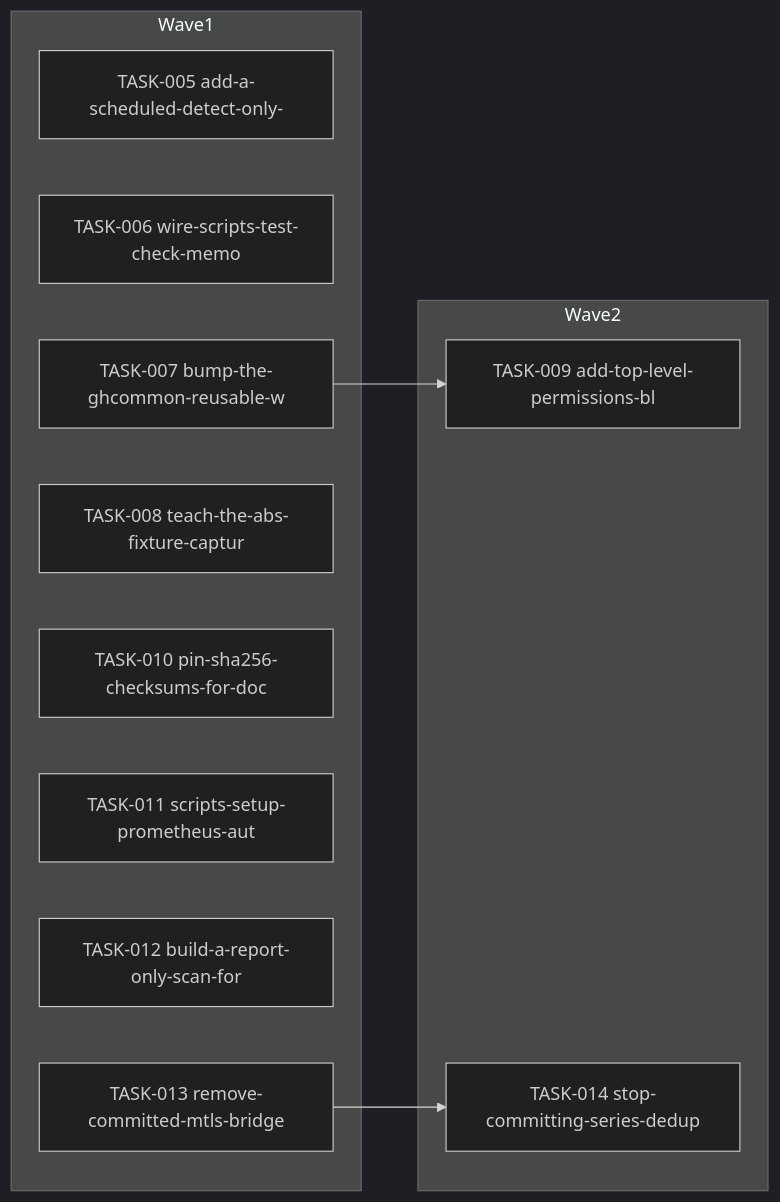
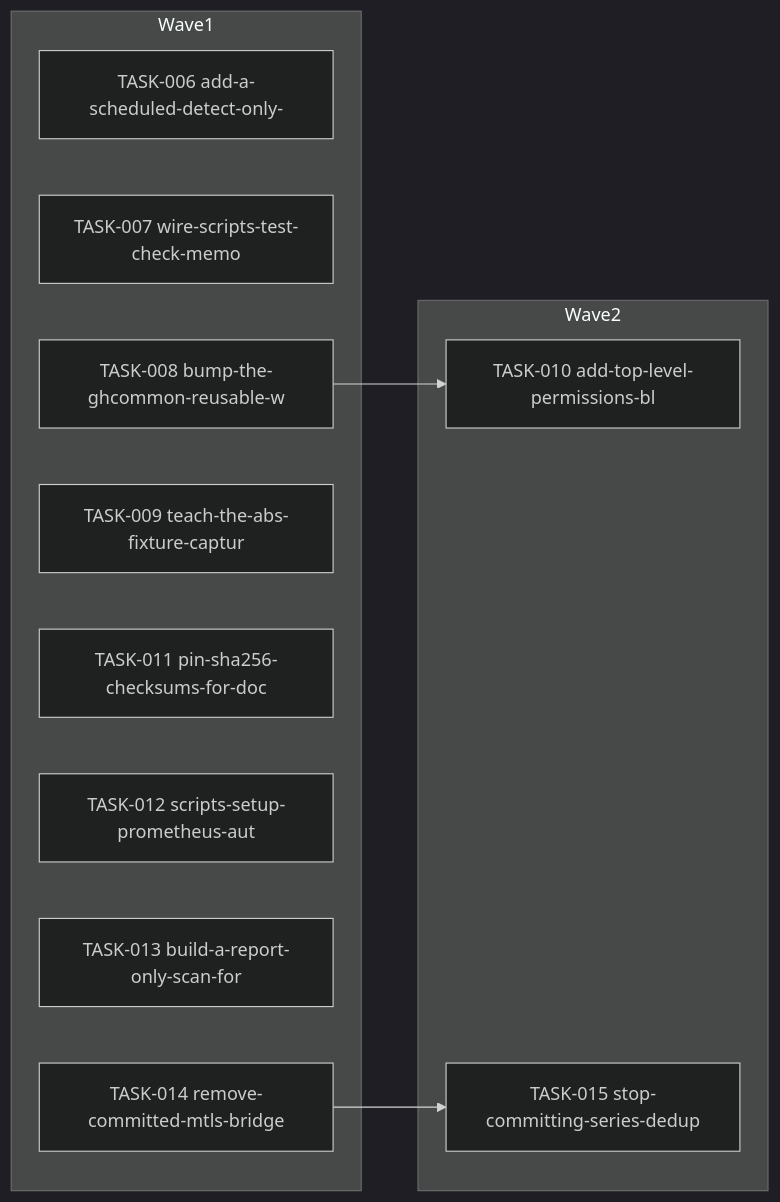
The diagram in docs/agent-tasks/todo-completion/ci-tooling/orchestration.md (falkcorp/audiobook-organizer), drawn with Mermaid (dark theme) before and after one commit. The commit also changed other lines of this file and 406 other files, not shown here.

````diff
--- a/docs/agent-tasks/todo-completion/ci-tooling/orchestration.md
+++ b/docs/agent-tasks/todo-completion/ci-tooling/orchestration.md
@@ -12,19 +12,19 @@
 ```mermaid
 flowchart LR
     subgraph Wave1
-      TASK005[TASK-005 add-a-scheduled-detect-only-]
-      TASK006[TASK-006 wire-scripts-test-check-memo]
-      TASK007[TASK-007 bump-the-ghcommon-reusable-w]
-      TASK008[TASK-008 teach-the-abs-fixture-captur]
-      TASK010[TASK-010 pin-sha256-checksums-for-doc]
-      TASK011[TASK-011 scripts-setup-prometheus-aut]
-      TASK012[TASK-012 build-a-report-only-scan-for]
-      TASK013[TASK-013 remove-committed-mtls-bridge]
+      TASK006[TASK-006 add-a-scheduled-detect-only-]
+      TASK007[TASK-007 wire-scripts-test-check-memo]
+      TASK008[TASK-008 bump-the-ghcommon-reusable-w]
+      TASK009[TASK-009 teach-the-abs-fixture-captur]
+      TASK011[TASK-011 pin-sha256-checksums-for-doc]
+      TASK012[TASK-012 scripts-setup-prometheus-aut]
+      TASK013[TASK-013 build-a-report-only-scan-for]
+      TASK014[TASK-014 remove-committed-mtls-bridge]
     end
     subgraph Wave2
-      TASK009[TASK-009 add-top-level-permissions-bl]
-      TASK014[TASK-014 stop-committing-series-dedup]
+      TASK010[TASK-010 add-top-level-permissions-bl]
+      TASK015[TASK-015 stop-committing-series-dedup]
     end
-    TASK007 --> TASK009
-    TASK013 --> TASK014
+    TASK008 --> TASK010
+    TASK014 --> TASK015
 ```
````
